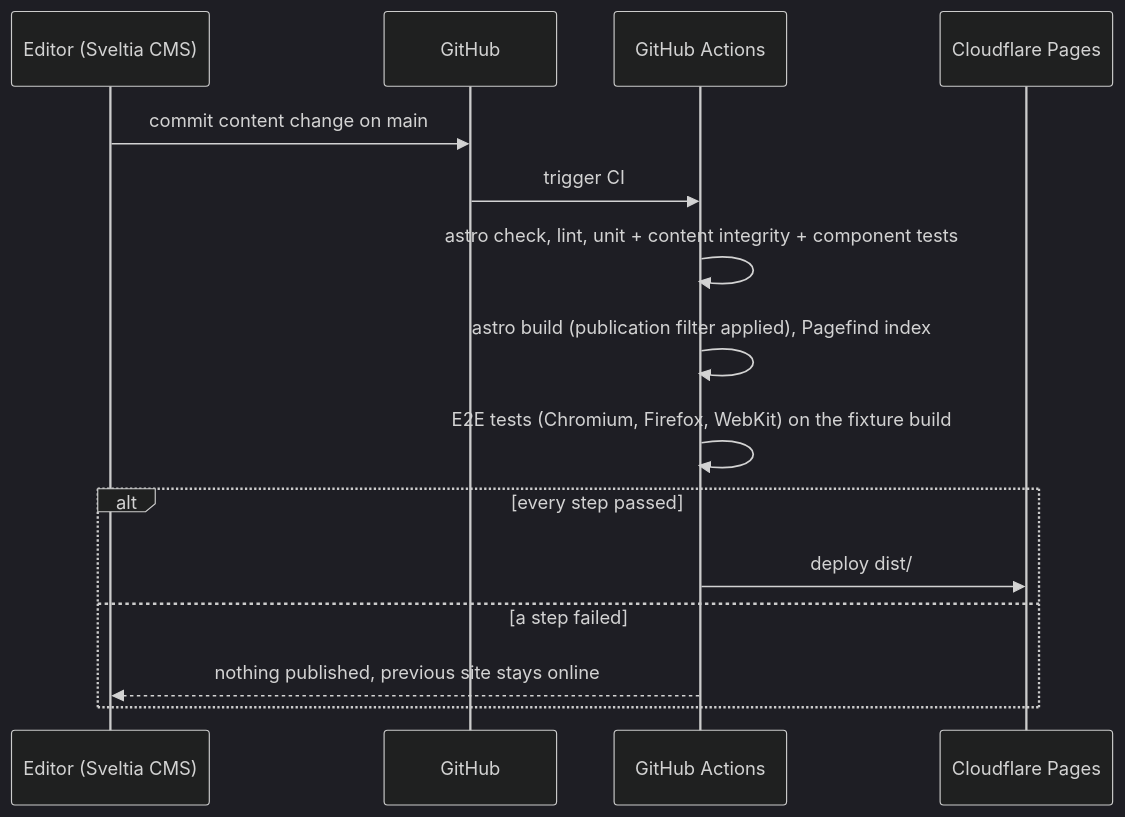
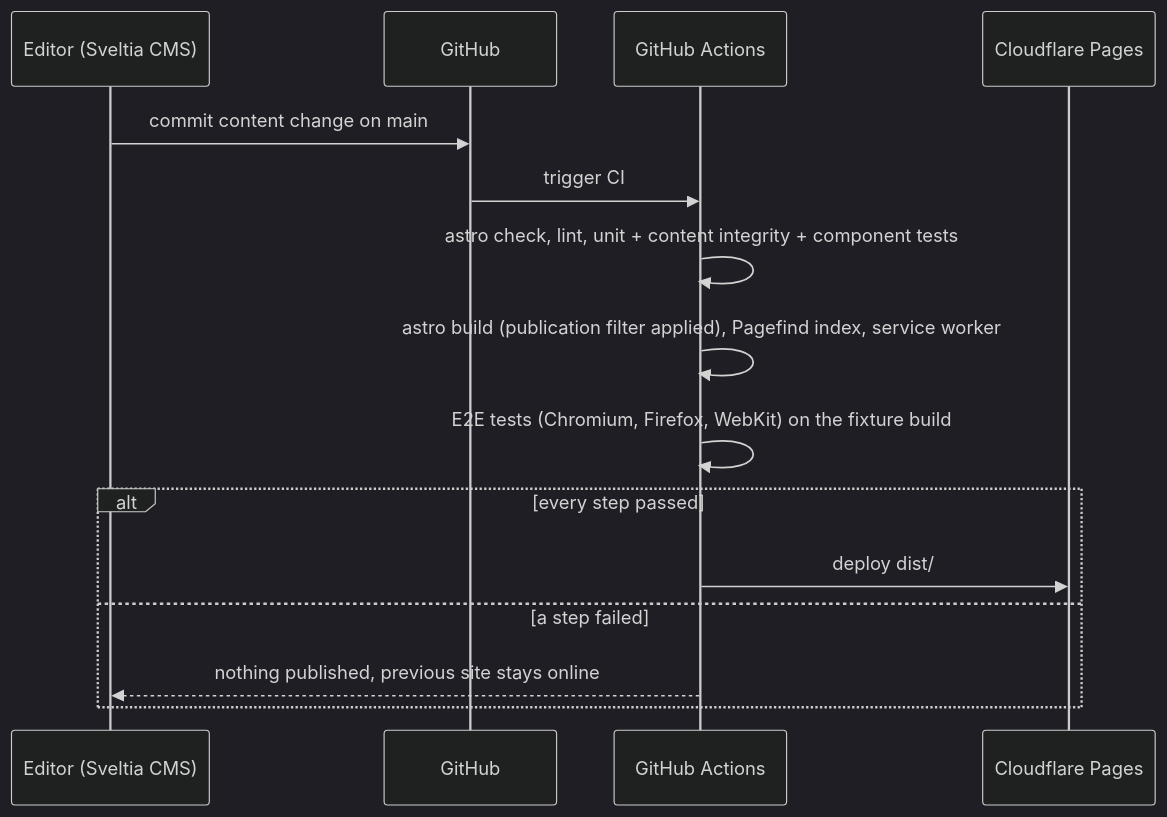
The fifth of 6 diagrams in docs/architecture.md (jordanmontt/AMADEU), drawn with Mermaid (dark theme) before and after one commit. The commit also changed other lines of this file and 24 other files, not shown here.

````diff
--- a/docs/architecture.md
+++ b/docs/architecture.md
@@ -162,17 +162,17 @@
 ```mermaid
 sequenceDiagram
   participant E as Editor (Sveltia CMS)
   participant G as GitHub
   participant A as GitHub Actions
   participant P as Cloudflare Pages
   E->>G: commit content change on main
   G->>A: trigger CI
   A->>A: astro check, lint, unit + content integrity + component tests
-  A->>A: astro build (publication filter applied), Pagefind index
+  A->>A: astro build (publication filter applied), Pagefind index, service worker
   A->>A: E2E tests (Chromium, Firefox, WebKit) on the fixture build
   alt every step passed
     A->>P: deploy dist/
   else a step failed
     A-->>E: nothing published, previous site stays online
   end
 ```
````
